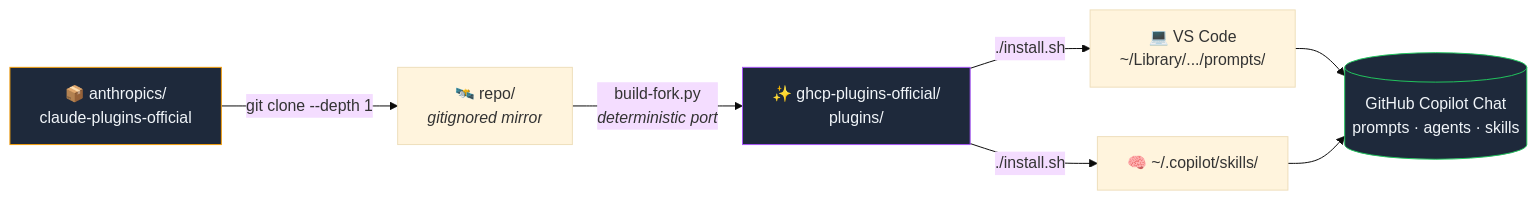
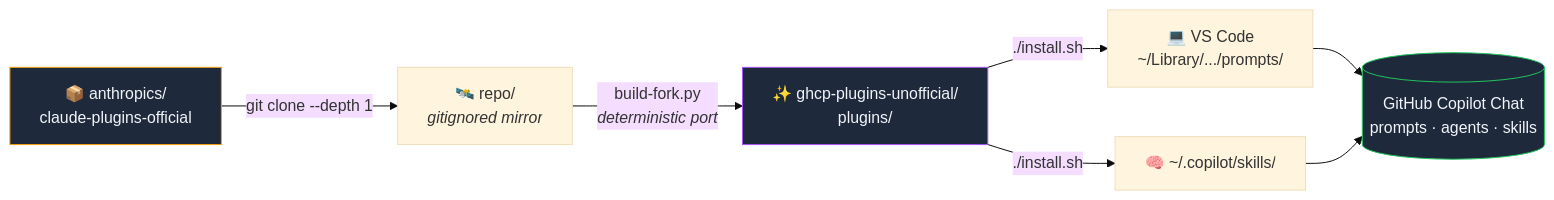
Before and after one commit to saadmsft/ghcp-plugins-unofficial: the first of 2 diagrams in README.md, drawn with Mermaid (base theme). The commit also changed other lines of this file and 12 other files, not shown here.

First line of the commit message:
rename: ghcp-plugins-official → ghcp-plugins-unofficial

````diff
--- a/README.md
+++ b/README.md
@@ -38,12 +38,12 @@
 ```mermaid
 flowchart LR
     A[📦 anthropics/<br/>claude-plugins-official] -->|git clone --depth 1| B[🛰️ repo/<br/><i>gitignored mirror</i>]
-    B -->|build-fork.py<br/><i>deterministic port</i>| C[✨ ghcp-plugins-official/<br/>plugins/]
+    B -->|build-fork.py<br/><i>deterministic port</i>| C[✨ ghcp-plugins-unofficial/<br/>plugins/]
     C -->|./install.sh| D[💻 VS Code<br/>~/Library/.../prompts/]
     C -->|./install.sh| E[🧠 ~/.copilot/skills/]
     D --> F[(GitHub Copilot Chat<br/>prompts · agents · skills)]
     E --> F
     style A fill:#1e293b,stroke:#f59e0b,color:#f1f5f9
     style C fill:#1e293b,stroke:#a855f7,color:#f1f5f9
     style F fill:#1e293b,stroke:#22c55e,color:#f1f5f9
 ```
````
